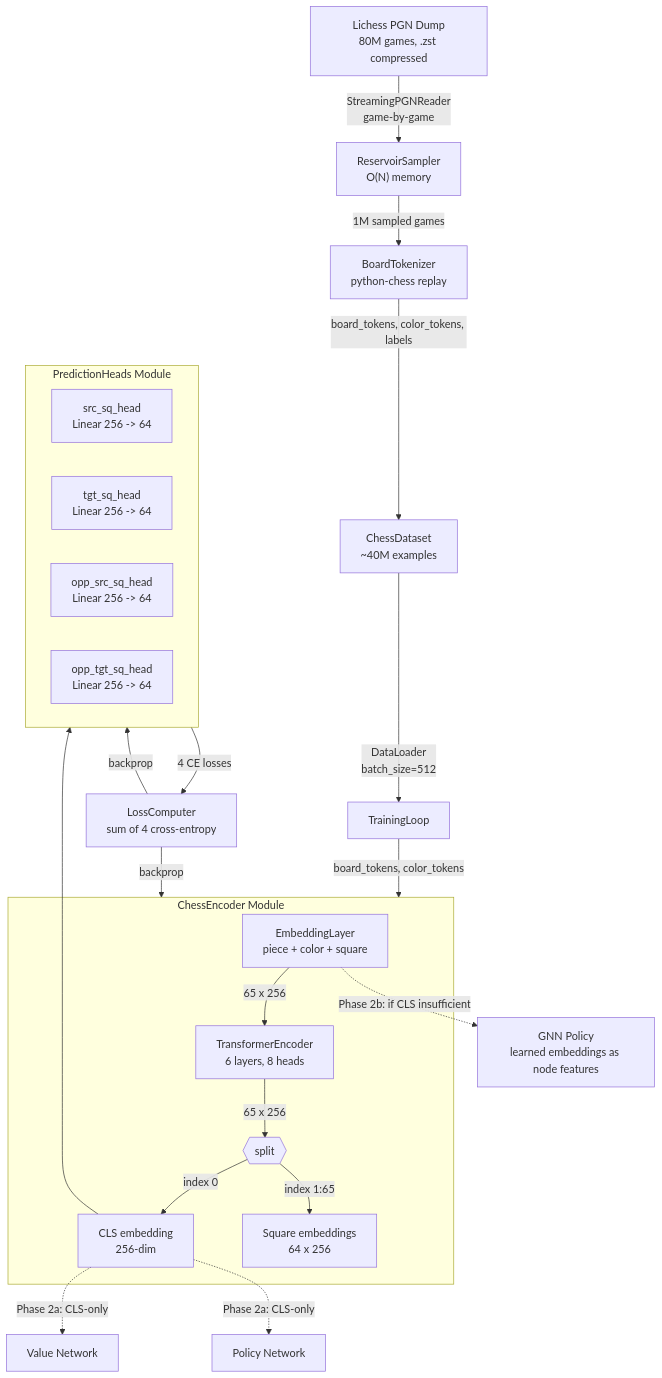
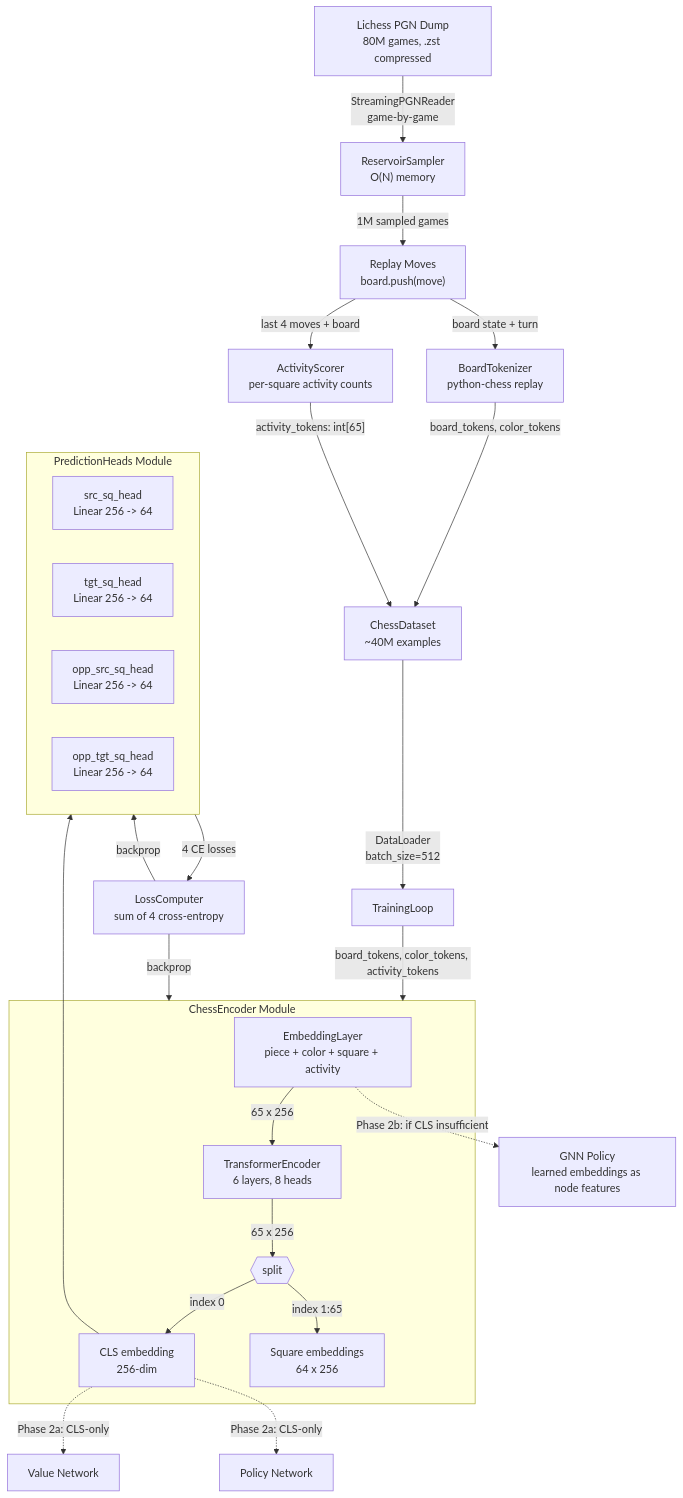
The first of 6 diagrams in chess_encoder_final_design.md (sombersomni/chess-policy-agent), drawn with Mermaid before and after one commit. The commit also changed other lines of this file, not shown here.

First line of the commit message:
Add ActivityScorer and four-stream EmbeddingLayer to encoder design

````diff
--- a/chess_encoder_final_design.md
+++ b/chess_encoder_final_design.md
@@ -30,33 +30,36 @@
 ```mermaid
 flowchart TD
     PGN["Lichess PGN Dump<br/>80M games, .zst compressed"] -->|"StreamingPGNReader<br/>game-by-game"| RS["ReservoirSampler<br/>O(N) memory"]
-    RS -->|"1M sampled games"| REPLAY["BoardTokenizer<br/>python-chess replay"]
-    REPLAY -->|"board_tokens, color_tokens, labels"| DS["ChessDataset<br/>~40M examples"]
+    RS -->|"1M sampled games"| REPLAY["Replay Moves<br/>board.push(move)"]
+    REPLAY -->|"board state + turn"| TOK["BoardTokenizer<br/>python-chess replay"]
+    REPLAY -->|"last 4 moves + board"| SCORE["ActivityScorer<br/>per-square activity counts"]
+    TOK -->|"board_tokens, color_tokens"| DS["ChessDataset<br/>~40M examples"]
+    SCORE -->|"activity_tokens: int[65]"| DS
     DS -->|"DataLoader<br/>batch_size=512"| TRAIN["TrainingLoop"]
 
     subgraph ENCODER["ChessEncoder Module"]
-        EMB["EmbeddingLayer<br/>piece + color + square"] -->|"65 x 256"| TF["TransformerEncoder<br/>6 layers, 8 heads"]
+        EMB["EmbeddingLayer<br/>piece + color + square + activity"] -->|"65 x 256"| TF["TransformerEncoder<br/>6 layers, 8 heads"]
         TF -->|"65 x 256"| SPLIT{{"split"}}
         SPLIT -->|"index 0"| CLS["CLS embedding<br/>256-dim"]
         SPLIT -->|"index 1:65"| SQ["Square embeddings<br/>64 x 256"]
     end
 
-    TRAIN -->|"board_tokens, color_tokens"| ENCODER
+    TRAIN -->|"board_tokens, color_tokens, activity_tokens"| ENCODER
 
     CLS --> HEADS["PredictionHeads"]
 
     subgraph HEADS["PredictionHeads Module"]
         H1["src_sq_head<br/>Linear 256 -> 64"]
         H2["tgt_sq_head<br/>Linear 256 -> 64"]
         H3["opp_src_sq_head<br/>Linear 256 -> 64"]
         H4["opp_tgt_sq_head<br/>Linear 256 -> 64"]
     end
 
     HEADS -->|"4 CE losses"| LOSS["LossComputer<br/>sum of 4 cross-entropy"]
     LOSS -->|"backprop"| ENCODER
     LOSS -->|"backprop"| HEADS
 
     CLS -.->|"Phase 2a: CLS-only"| VN["Value Network"]
     CLS -.->|"Phase 2a: CLS-only"| PN["Policy Network"]
     EMB -.->|"Phase 2b: if CLS insufficient"| GNN["GNN Policy<br/>learned embeddings as node features"]
 ```
````
